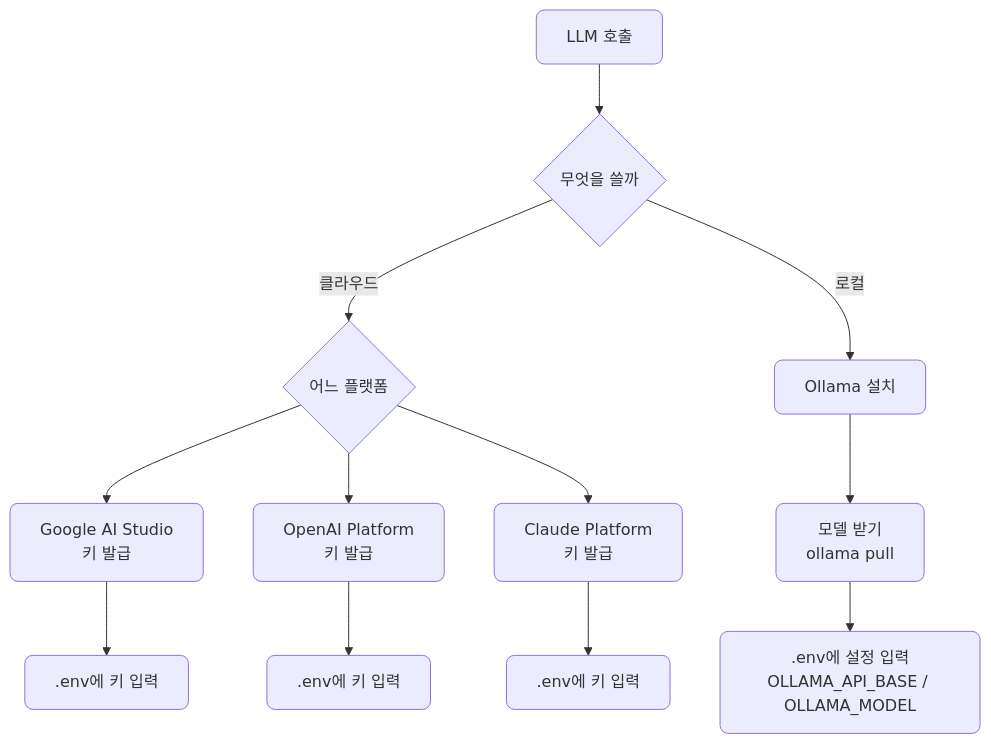
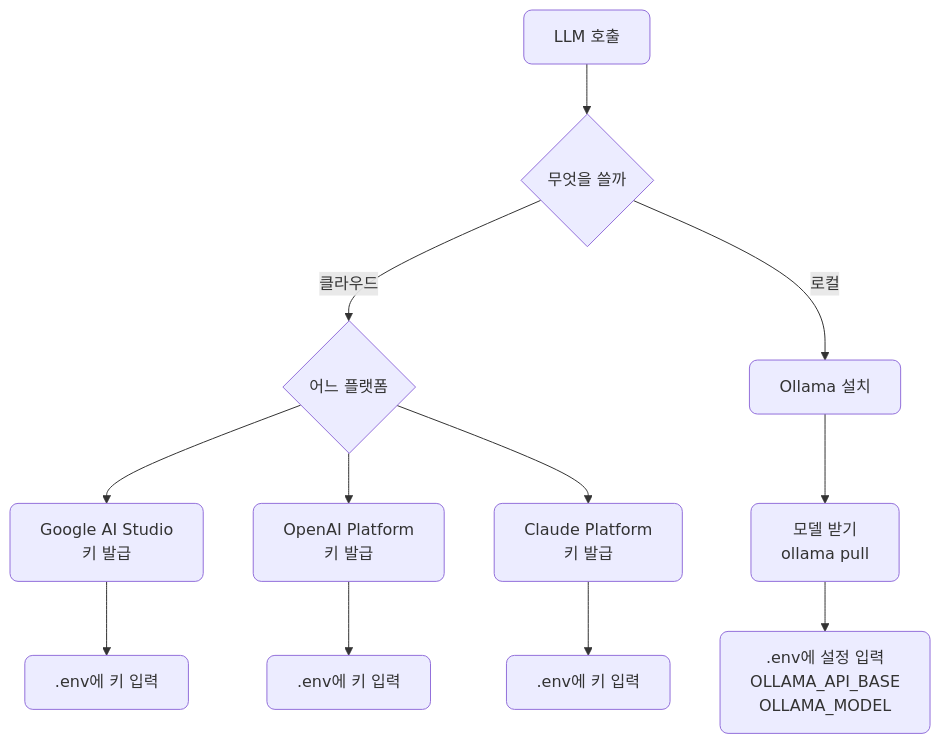
Before and after one commit to CodeCompose7/ai_service_engineering: the third of 3 diagrams in docs/section1/lec01/README.md, drawn with Mermaid. The commit also changed other lines of this file, not shown here.

````diff
--- a/docs/section1/lec01/README.md
+++ b/docs/section1/lec01/README.md
@@ -176,15 +176,15 @@
 ```mermaid
 flowchart TB
   START["LLM 호출"] --> Q{"무엇을 쓸까"}
   Q -->|"클라우드"| CL{"어느 플랫폼"}
   Q -->|"로컬"| L["Ollama 설치"]
   CL --> G["Google AI Studio<br/>키 발급"]
   CL --> O["OpenAI Platform<br/>키 발급"]
   CL --> C["Claude Platform<br/>키 발급"]
   G --> GE[".env에 키 입력"]
   O --> OE[".env에 키 입력"]
   C --> CE[".env에 키 입력"]
   L --> LM["모델 받기<br/>ollama pull"]
-  LM --> LE[".env에 설정 입력<br/>OLLAMA_API_BASE / OLLAMA_MODEL"]
+  LM --> LE[".env에 설정 입력<br/>OLLAMA_API_BASE<br/>OLLAMA_MODEL"]
   classDef default rx:8,ry:8;
 ```
````
